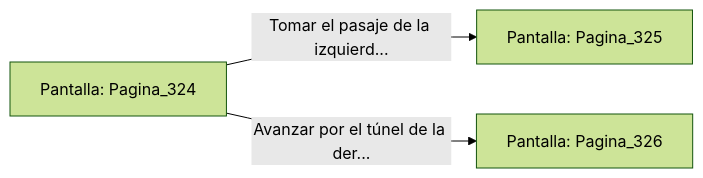
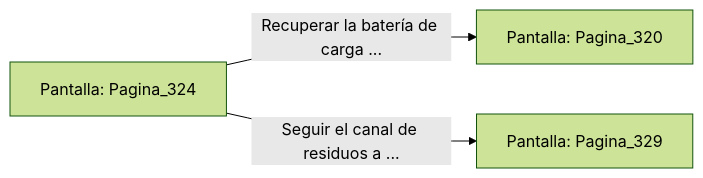
Before and after one commit to metsuke/mpl: the diagram in sample/eligejuego-vault/Pantalla_Pagina_324.md, drawn with Mermaid (forest theme). The commit also changed other lines of this file and 635 other files, not shown here.

First line of the commit message:
fix: añadir Pagina_1 como pantalla inicial en capitulo_01.mpl

````diff
--- a/sample/eligejuego-vault/Pantalla_Pagina_324.md
+++ b/sample/eligejuego-vault/Pantalla_Pagina_324.md
@@ -20,6 +22,6 @@
 ```mermaid
 graph LR
     P_Pagina_324["Pantalla: Pagina_324"]
-    P_Pagina_324 -->|"Tomar el pasaje de la izquierd..."| P_Pagina_325["Pantalla: Pagina_325"]
-    P_Pagina_324 -->|"Avanzar por el túnel de la der..."| P_Pagina_326["Pantalla: Pagina_326"]
+    P_Pagina_324 -->|"Recuperar la batería de carga ..."| P_Pagina_320["Pantalla: Pagina_320"]
+    P_Pagina_324 -->|"Seguir el canal de residuos a ..."| P_Pagina_329["Pantalla: Pagina_329"]
 ```
````
